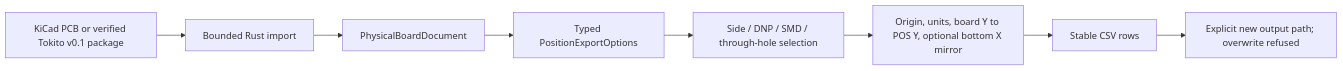
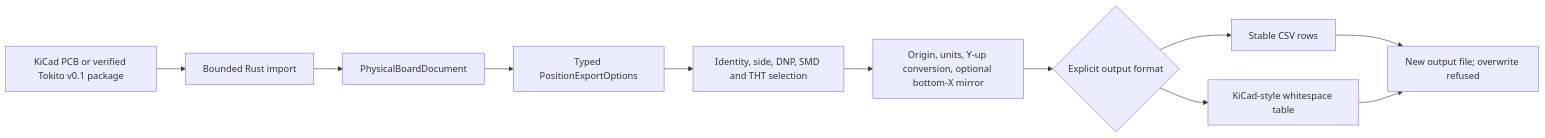
One commit to TokitoAI/tokito-cli changed the diagram in docs/PCB_POSITION_EXPORT.md. Above: the diagram before and after it, drawn with Mermaid. The commit also changed other lines of this file and 266 other files, not shown here.

````diff
--- a/docs/PCB_POSITION_EXPORT.md
+++ b/docs/PCB_POSITION_EXPORT.md
@@ -12,10 +16,13 @@
 ```mermaid
 flowchart LR
     PCB[KiCad PCB or verified Tokito v0.1 package] --> Import[Bounded Rust import]
     Import --> Canonical[PhysicalBoardDocument]
     Canonical --> Request[Typed PositionExportOptions]
-    Request --> Project[Side / DNP / SMD / through-hole selection]
-    Project --> Transform[Origin, units, board Y to POS Y, optional bottom X mirror]
-    Transform --> CSV[Stable CSV rows]
-    CSV --> Writer[Explicit new output path; overwrite refused]
+    Request --> Project[Identity, side, DNP, SMD and THT selection]
+    Project --> Transform[Origin, units, Y-up conversion, optional bottom-X mirror]
+    Transform --> Choose{Explicit output format}
+    Choose --> CSV[Stable CSV rows]
+    Choose --> ASCII[KiCad-style whitespace table]
+    CSV --> Writer[New output file; overwrite refused]
+    ASCII --> Writer
 ```
````
